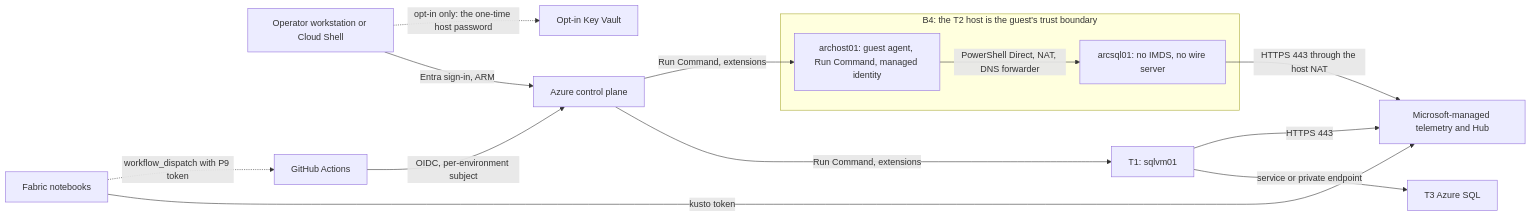
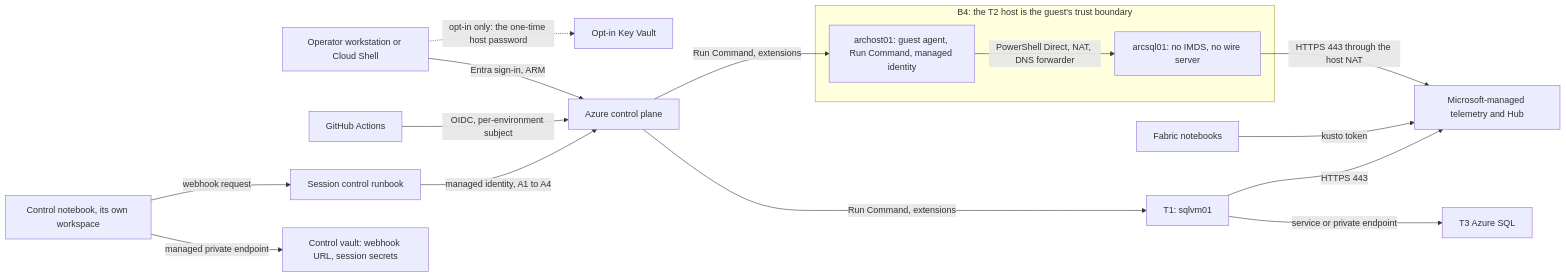
Before and after one commit to MarcBushong/fabric-database-hub-demo: the first of 2 diagrams in docs/security-model.md, drawn with Mermaid. The commit also changed other lines of this file and 29 other files, not shown here.

First line of the commit message:
Run a whole demo session from one Run all in the control notebook

````diff
--- a/docs/security-model.md
+++ b/docs/security-model.md
@@ -38,18 +38,20 @@
 ```mermaid
 flowchart LR
   subgraph NESTED["B4: the T2 host is the guest's trust boundary"]
     HOST["archost01: guest agent, Run Command, managed identity"]
     GUEST["arcsql01: no IMDS, no wire server"]
     HOST -->|"PowerShell Direct, NAT, DNS forwarder"| GUEST
   end
   OP["Operator workstation or Cloud Shell"] -->|"Entra sign-in, ARM"| ARM["Azure control plane"]
   GH["GitHub Actions"] -->|"OIDC, per-environment subject"| ARM
   ARM -->|"Run Command, extensions"| T1["T1: sqlvm01"]
   ARM -->|"Run Command, extensions"| HOST
   T1 -->|"service or private endpoint"| SQLDB["T3 Azure SQL"]
   T1 -->|"HTTPS 443"| MSM["Microsoft-managed telemetry and Hub"]
   GUEST -->|"HTTPS 443 through the host NAT"| MSM
   FAB["Fabric notebooks"] -->|"kusto token"| MSM
-  FAB -.->|"workflow_dispatch with P9 token"| GH
+  CTL["Control notebook, its own workspace"] -->|"managed private endpoint"| CKV["Control vault: webhook URL, session secrets"]
+  CTL -->|"webhook request"| AUTO["Session control runbook"]
+  AUTO -->|"managed identity, A1 to A4"| ARM
   OP -.->|"opt-in only: the one-time host password"| KV["Opt-in Key Vault"]
 ```
````
